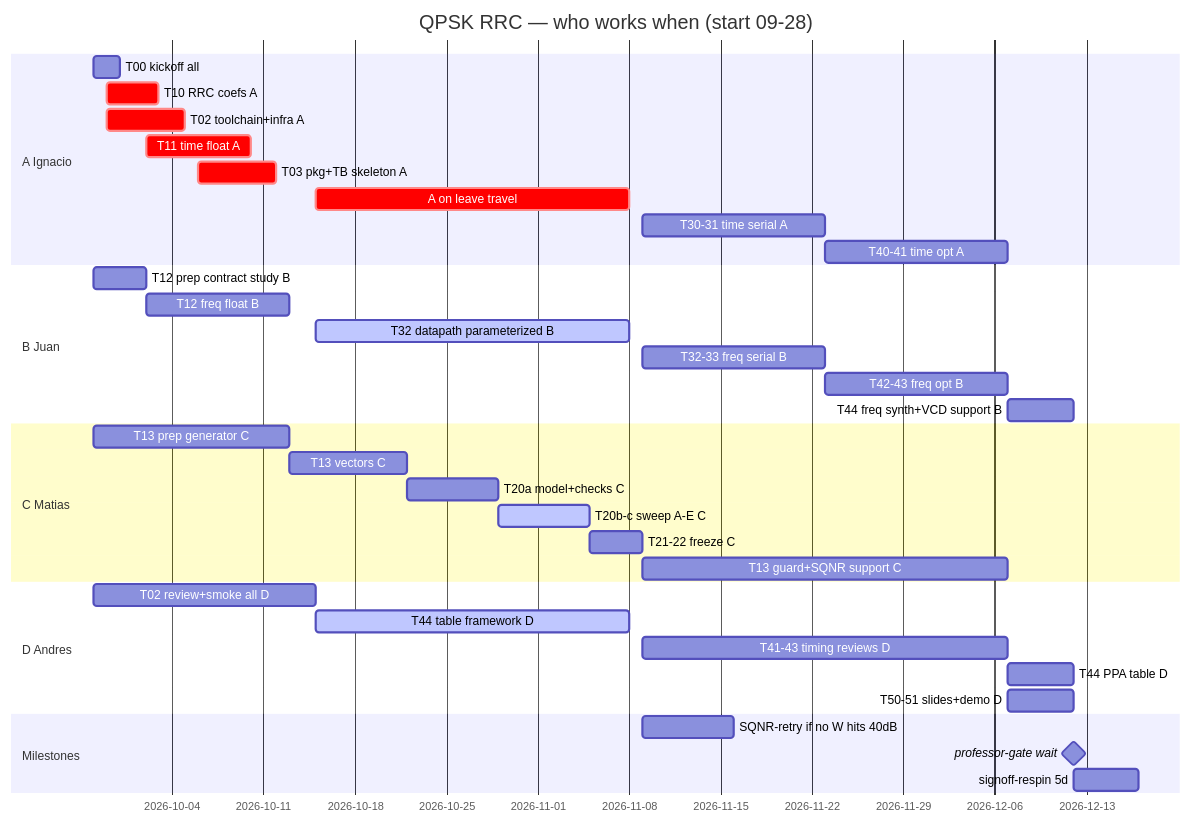
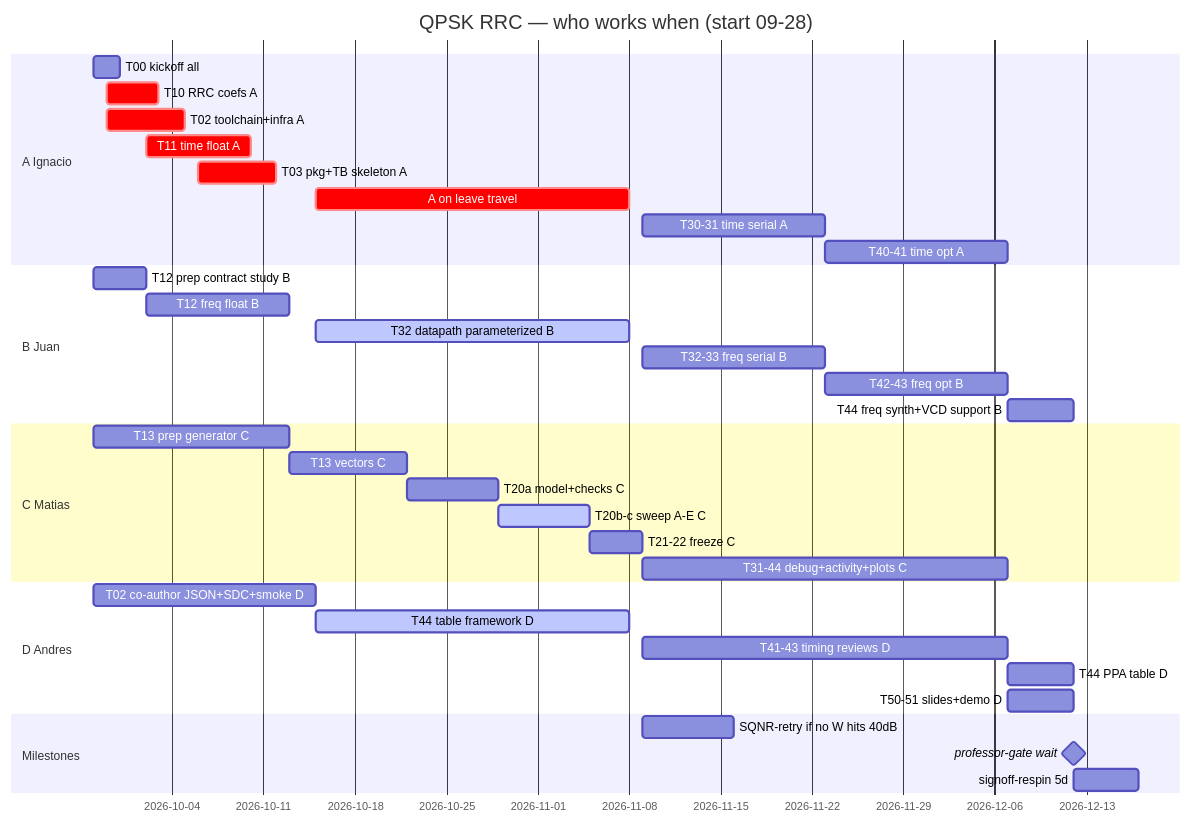
One commit to iledesma08/qpsk-rrc-filter-time-frequency changed the second of 2 diagrams in docs/plan-gantt.md. Above: the diagram before and after it, drawn with Mermaid. The commit also changed other lines of this file, not shown here.

````diff
--- a/docs/plan-gantt.md
+++ b/docs/plan-gantt.md
@@ -134,38 +134,38 @@
 ```mermaid
 gantt
   title QPSK RRC — who works when (start 09-28)
   dateFormat YYYY-MM-DD
   section A Ignacio
   T00 kickoff all           :2026-09-28, 2d
   T10 RRC coefs A           :crit, 2026-09-29, 4d
   T02 toolchain+infra A     :crit, 2026-09-29, 6d
   T11 time float A          :crit, 2026-10-02, 8d
   T03 pkg+TB skeleton A     :crit, 2026-10-06, 6d
   A on leave travel           :crit, 2026-10-15, 24d
   T30-31 time serial A      :2026-11-09, 14d
   T40-41 time opt A         :2026-11-23, 14d
   section B Juan
   T12 prep contract study B   :2026-09-28, 4d
   T12 freq float B          :2026-10-02, 11d
   T32 datapath parameterized B :active, 2026-10-15, 24d
   T32-33 freq serial B      :2026-11-09, 14d
   T42-43 freq opt B         :2026-11-23, 14d
   T44 freq synth+VCD support B :2026-12-07, 5d
   section C Matias
   T13 prep generator C      :2026-09-28, 15d
   T13 vectors C             :2026-10-13, 9d
   T20a model+checks C       :2026-10-22, 7d
   T20b-c sweep A-E C        :active, 2026-10-29, 7d
   T21-22 freeze C           :2026-11-05, 4d
-  T13 guard+SQNR support C  :2026-11-09, 28d
+  T31-44 debug+activity+plots C :2026-11-09, 28d
   section D Andres
-  T02 review+smoke all D    :2026-09-28, 17d
+  T02 co-author JSON+SDC+smoke D :2026-09-28, 17d
   T44 table framework D       :active, 2026-10-15, 24d
   T41-43 timing reviews D   :2026-11-09, 28d
   T44 PPA table D           :2026-12-07, 5d
   T50-51 slides+demo D      :2026-12-07, 5d
   section Milestones
   SQNR-retry if no W hits 40dB :2026-11-09, 7d
   professor-gate wait       :milestone, 2026-12-12, 0d
   signoff-respin 5d         :2026-12-12, 5d
 ```
````
